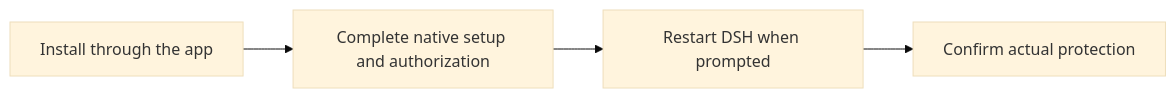
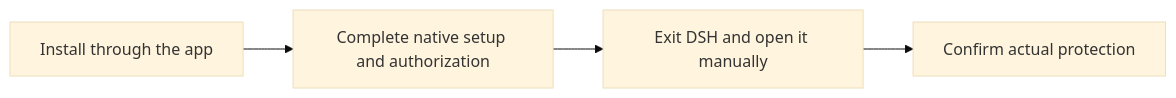
One commit to finogeeks/finsafe changed the diagram in integrations/dsh/windows/README.md. Above: the diagram before and after it, drawn with Mermaid (base theme). The commit also changed other lines of this file and 137 other files, not shown here.

````diff
--- a/integrations/dsh/windows/README.md
+++ b/integrations/dsh/windows/README.md
@@ -58,6 +58,6 @@
 ```mermaid
 flowchart LR
     A[Install through the app] --> B[Complete native setup and authorization]
-    B --> C[Restart DSH when prompted]
+    B --> C[Exit DSH and open it manually]
     C --> D[Confirm actual protection]
 ```
````
